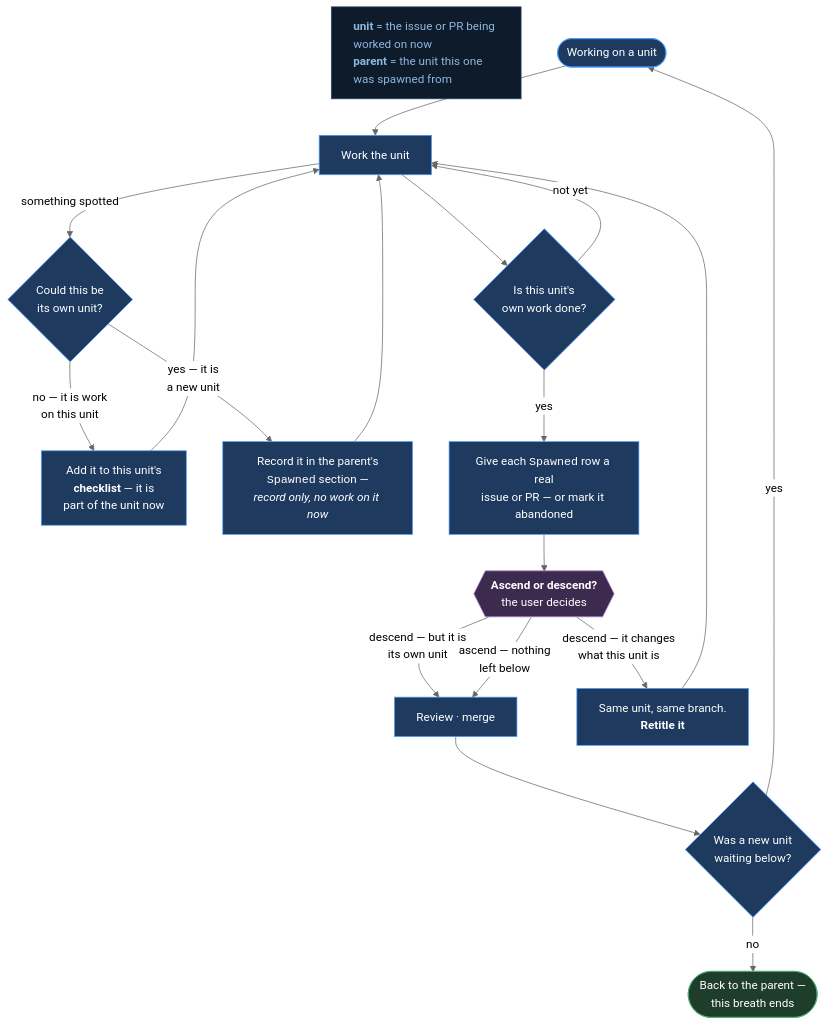
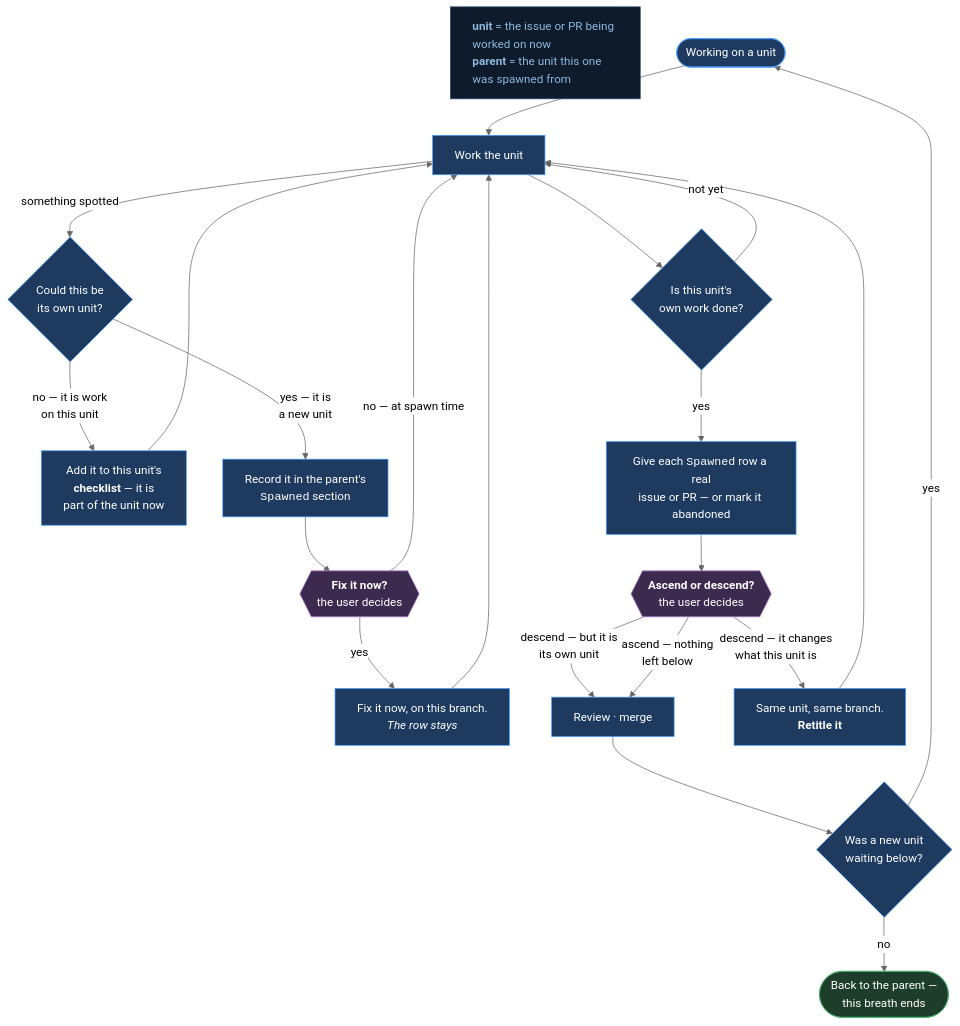
One commit to Calyx-Engineering/arc changed the second of 2 diagrams in docs/product-architecture/mechanisms/m46-work-navigation.md. Above: the diagram before and after it, drawn with Mermaid (neutral theme). The commit also changed other lines of this file, not shown here.

First line of the commit message:
feat: a recorded row can be fixed immediately (m46 section 5.1)

````diff
--- a/docs/product-architecture/mechanisms/m46-work-navigation.md
+++ b/docs/product-architecture/mechanisms/m46-work-navigation.md
@@ -151,29 +151,32 @@
 ```mermaid
 flowchart TB
     LEGEND["<b>unit</b> = the issue or PR being worked on now<br/><b>parent</b> = the unit this one was spawned from"]
     START(["Working on a unit"]) --> WORK["Work the unit"]
     WORK -->|something spotted| SCOPE{"Could this be<br/>its own unit?"}
     SCOPE -->|"no — it is work<br/>on this unit"| TODO["Add it to this unit's<br/><b>checklist</b> — it is<br/>part of the unit now"]
     TODO --> WORK
-    SCOPE -->|"yes — it is<br/>a new unit"| TABLE["Record it in the parent's<br/><code>Spawned</code> section —<br/><i>record only, no work on it now</i>"]
-    TABLE --> WORK
+    SCOPE -->|"yes — it is<br/>a new unit"| TABLE["Record it in the parent's<br/><code>Spawned</code> section"]
+    TABLE --> BLEED{{"<b>Fix it now?</b><br/>the user decides"}}
+    BLEED -->|"no — at spawn time"| WORK
+    BLEED -->|yes| FIXNOW["Fix it now, on this branch.<br/><i>The row stays</i>"]
+    FIXNOW --> WORK
     WORK --> DONE{"Is this unit's<br/>own work done?"}
     DONE -->|not yet| WORK
     DONE -->|yes| SPAWN["Give each <code>Spawned</code> row a real<br/>issue or PR — or mark it abandoned"]
     SPAWN --> ASK{{"<b>Ascend or descend?</b><br/>the user decides"}}
     ASK -->|"descend — but it is<br/>its own unit"| REVIEW["Review · merge"]
     ASK -->|"ascend — nothing<br/>left below"| REVIEW
     ASK -->|"descend — it changes<br/>what this unit is"| GROW["Same unit, same branch.<br/><b>Retitle it</b>"]
     GROW --> WORK
     REVIEW --> AFTER{"Was a new unit<br/>waiting below?"}
     AFTER -->|yes| START
     AFTER -->|no| EXHALE(["Back to the parent —<br/>this breath ends"])
     classDef n fill:#1e3a5f,stroke:#4a9eff,color:#fff
     classDef u fill:#3d2b4f,stroke:#b07fd6,color:#fff
     classDef d fill:#1f3d2b,stroke:#4caf70,color:#fff
     classDef leg fill:#0d1b2a,stroke:#2c4a6b,color:#8fb8e0,text-align:left
-    class WORK,SCOPE,TODO,TABLE,DONE,SPAWN,REVIEW,GROW,AFTER,START n
-    class ASK u
+    class WORK,SCOPE,TODO,TABLE,FIXNOW,DONE,SPAWN,REVIEW,GROW,AFTER,START n
+    class ASK,BLEED u
     class EXHALE d
     class LEGEND leg
 ```
````
